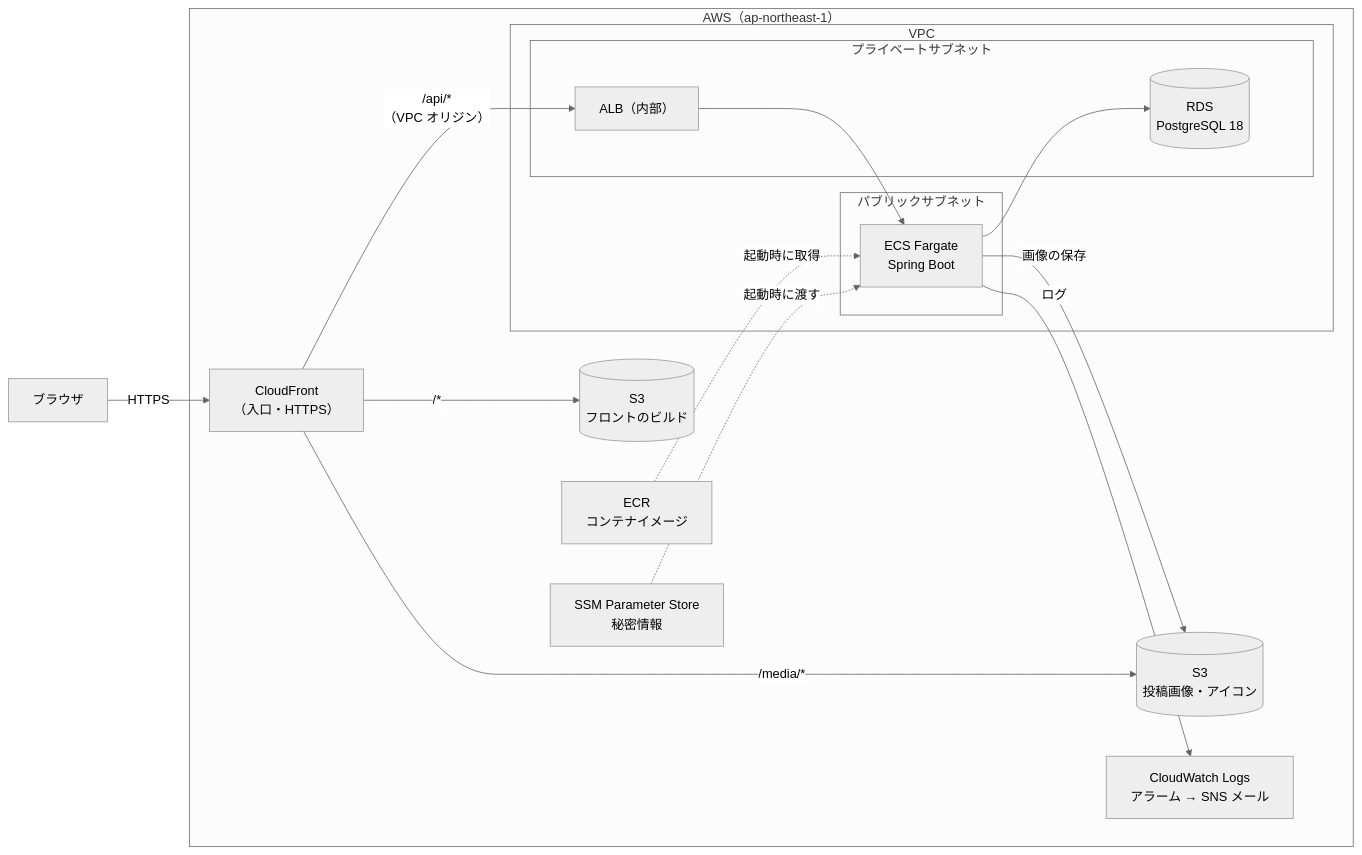
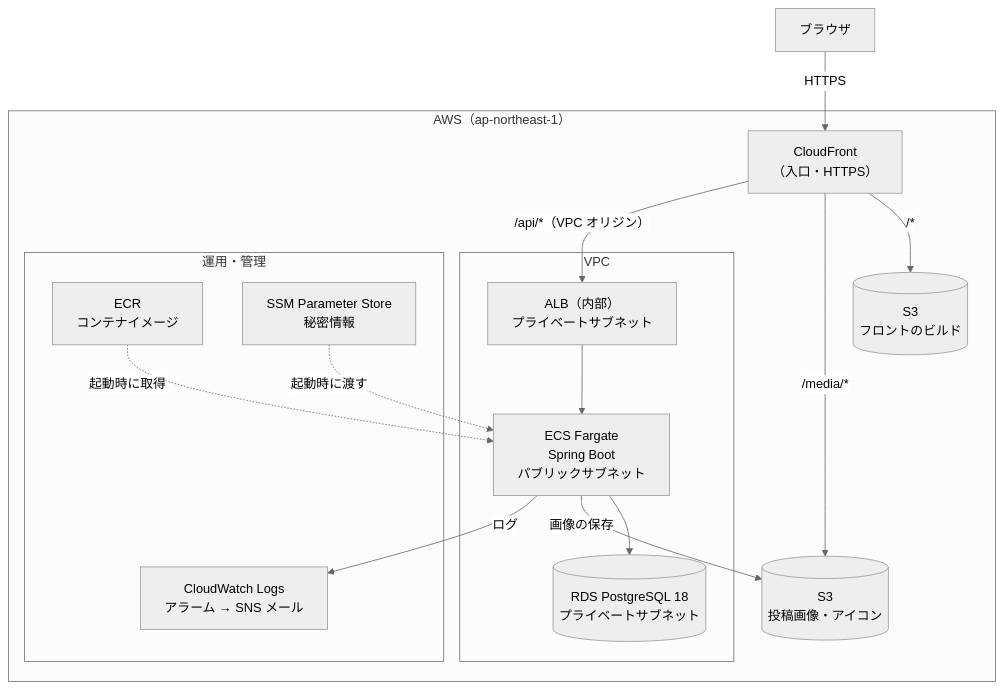
One commit to 626kouga-code/timeline-sns changed the diagram in docs/12_aws-architecture.md. Above: the diagram before and after it, drawn with Mermaid (neutral theme).

Commit message:
docs: AWS の構成図を見やすく並べ替える

````diff
--- a/docs/12_aws-architecture.md
+++ b/docs/12_aws-architecture.md
@@ -12,27 +12,27 @@
 ```mermaid
-flowchart LR
+flowchart TB
     user["ブラウザ"] -- HTTPS --> cf["CloudFront<br/>（入口・HTTPS）"]
 
     subgraph aws["AWS（ap-northeast-1）"]
         cf -- "/*" --> s3web[("S3<br/>フロントのビルド")]
         cf -- "/media/*" --> s3media[("S3<br/>投稿画像・アイコン")]
-        cf -- "/api/*<br/>（VPC オリジン）" --> alb
+        cf -- "/api/*（VPC オリジン）" --> alb
 
         subgraph vpc["VPC"]
-            subgraph private["プライベートサブネット"]
-                alb["ALB（内部）"]
-                rds[("RDS<br/>PostgreSQL 18")]
-            end
-            subgraph public["パブリックサブネット"]
-                task["ECS Fargate<br/>Spring Boot"]
-            end
+            alb["ALB（内部）<br/>プライベートサブネット"] --> task["ECS Fargate<br/>Spring Boot<br/>パブリックサブネット"]
+            task --> rds[("RDS PostgreSQL 18<br/>プライベートサブネット")]
         end
 
-        alb --> task
-        task --> rds
         task -- 画像の保存 --> s3media
-        task -- ログ --> logs["CloudWatch Logs<br/>アラーム → SNS メール"]
-        ecr["ECR<br/>コンテナイメージ"] -. 起動時に取得 .-> task
-        ssm["SSM Parameter Store<br/>秘密情報"] -. 起動時に渡す .-> task
+
+        subgraph ops["運用・管理"]
+            ecr["ECR<br/>コンテナイメージ"]
+            ssm["SSM Parameter Store<br/>秘密情報"]
+            logs["CloudWatch Logs<br/>アラーム → SNS メール"]
+        end
+
+        ecr -. 起動時に取得 .-> task
+        ssm -. 起動時に渡す .-> task
+        task -- ログ --> logs
     end
 ```
````
